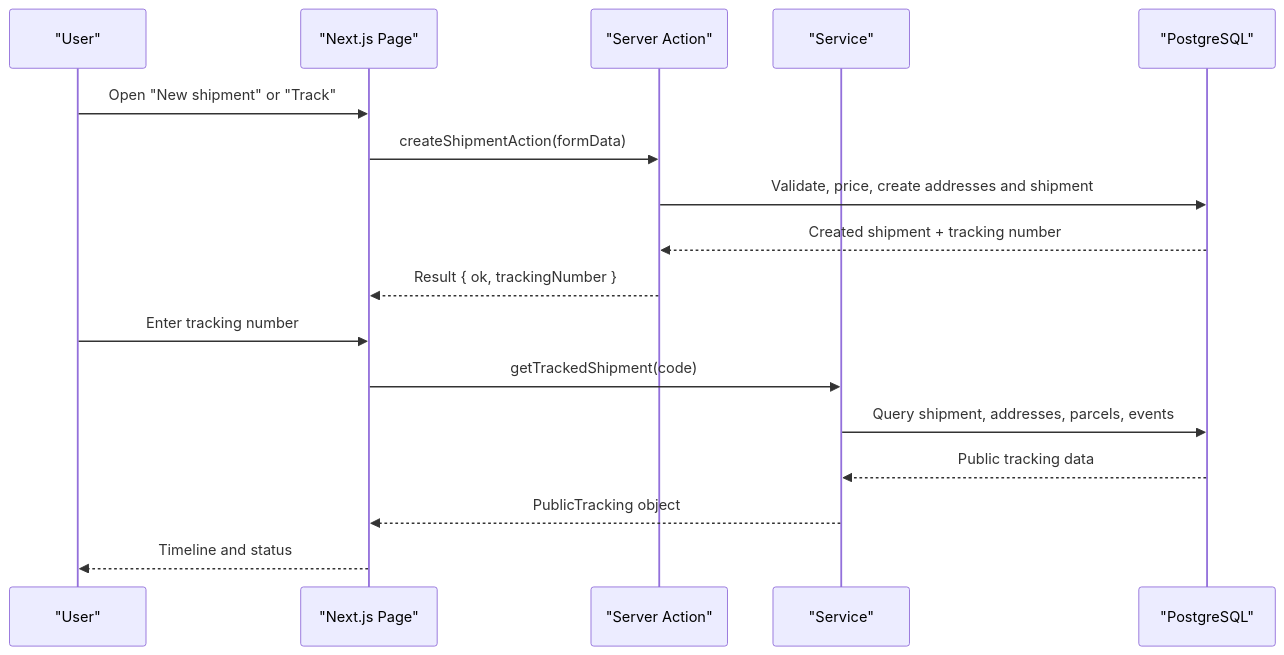
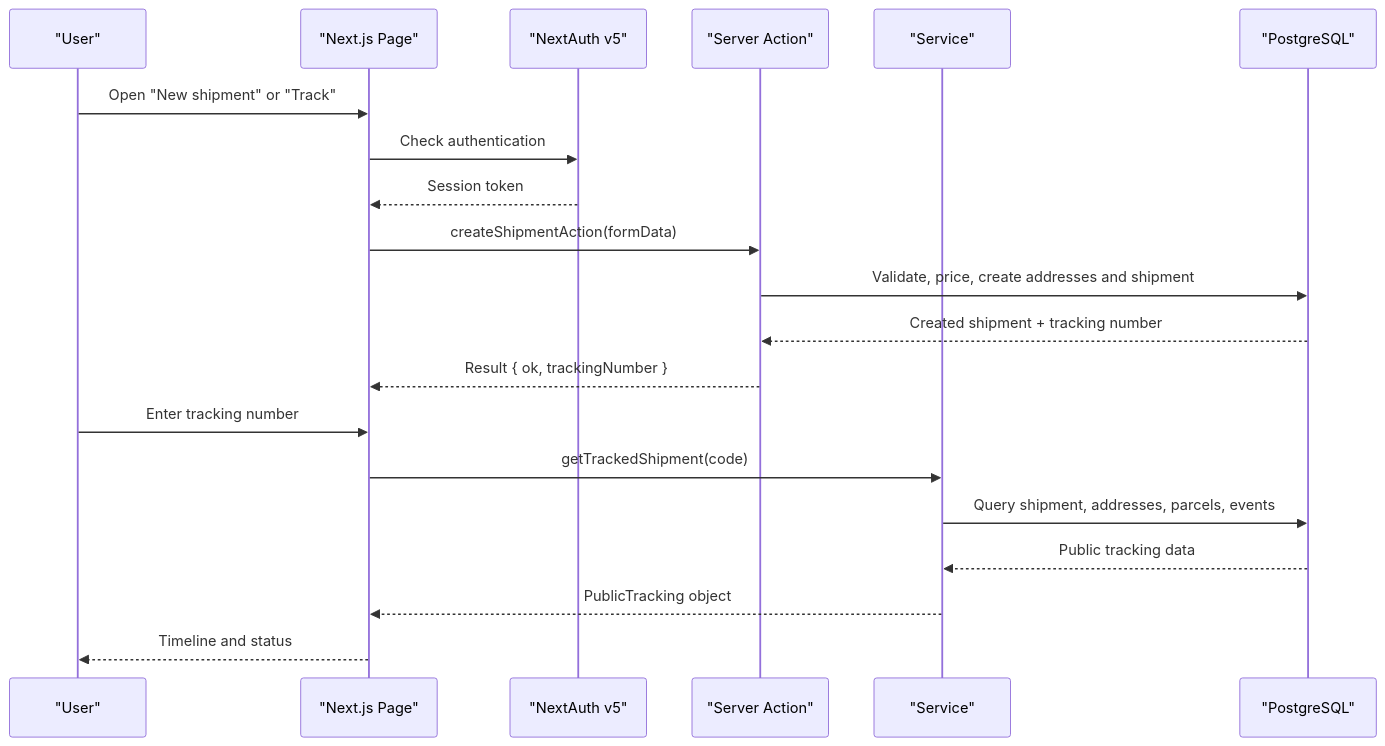
One commit to gyamposudodzi/Timberland changed the second of 6 diagrams in .qoder/repowiki/en/content/Getting Started.md. Above: the diagram before and after it, drawn with Mermaid. The commit also changed other lines of this file and 87 other files, not shown here.

````diff
--- a/.qoder/repowiki/en/content/Getting Started.md
+++ b/.qoder/repowiki/en/content/Getting Started.md
@@ -117,19 +142,22 @@
 ```mermaid
 sequenceDiagram
 participant User as "User"
 participant Page as "Next.js Page"
+participant Auth as "NextAuth v5"
 participant Action as "Server Action"
 participant Service as "Service"
 participant DB as "PostgreSQL"
 User->>Page : Open "New shipment" or "Track"
+Page->>Auth : Check authentication
+Auth-->>Page : Session token
 Page->>Action : createShipmentAction(formData)
 Action->>DB : Validate, price, create addresses and shipment
 DB-->>Action : Created shipment + tracking number
 Action-->>Page : Result { ok, trackingNumber }
 User->>Page : Enter tracking number
 Page->>Service : getTrackedShipment(code)
 Service->>DB : Query shipment, addresses, parcels, events
 DB-->>Service : Public tracking data
 Service-->>Page : PublicTracking object
 Page-->>User : Timeline and status
 ```
````
